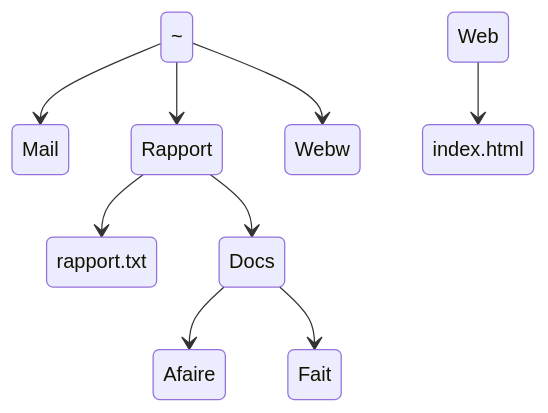
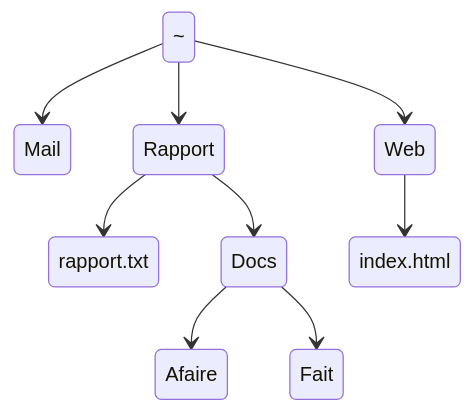
The diagram in docs/contents/tp1.md (douga19/introduction-linux), drawn with Mermaid before and after one commit.

Commit message:
typo tp1.md exo 4

````diff
--- a/docs/contents/tp1.md
+++ b/docs/contents/tp1.md
@@ -145,11 +145,11 @@
 ```mermaid
 stateDiagram-v2
     ~ --> Mail
     ~ --> Rapport
-    ~ --> Webw
+    ~ --> Web
     Rapport --> rapport.txt
     Rapport --> Docs
     Docs --> Afaire
     Docs --> Fait
     Web --> index.html
 ```
````
